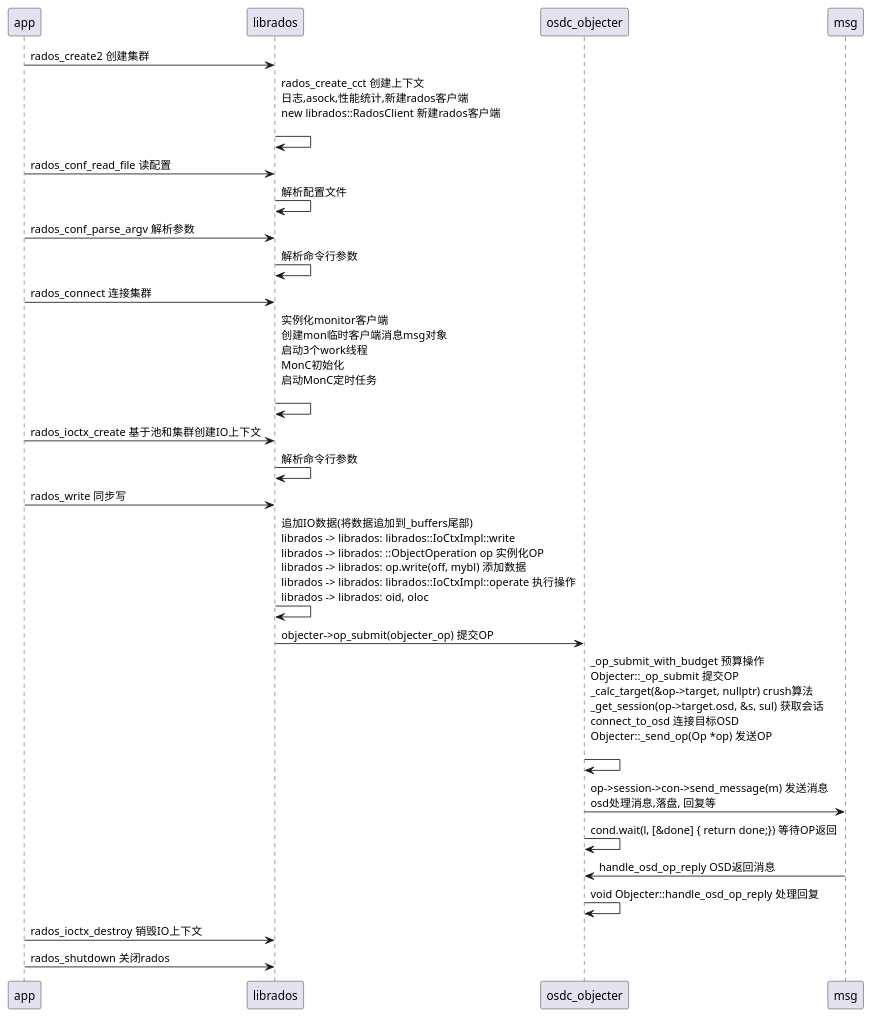
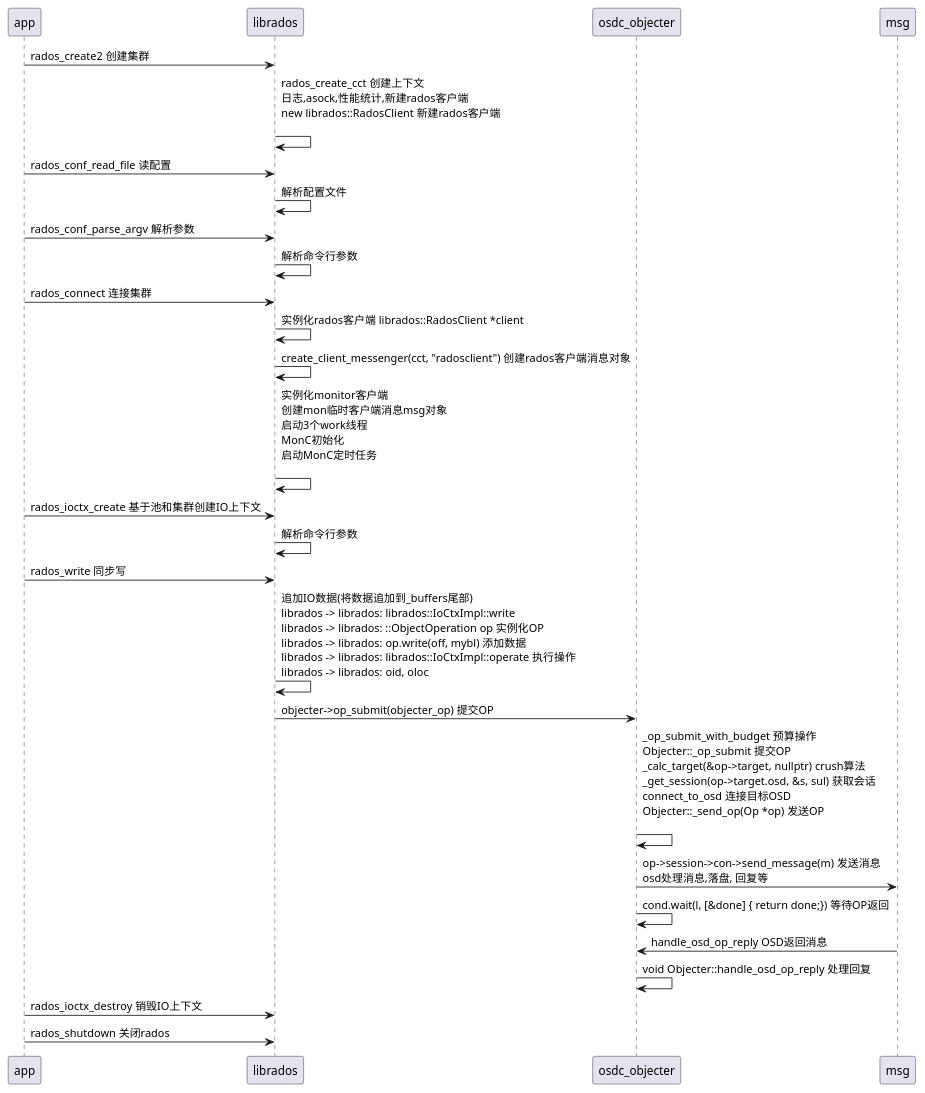
Before and after one commit to ssbandjl/ceph: the diagram in flow/ceph_rados_write.md, drawn with PlantUML. The commit also changed 3 other files, not shown here.

```diff
--- a/flow/ceph_rados_write.md
+++ b/flow/ceph_rados_write.md
@@ -3,67 +3,69 @@
 @startuml
 
 app -> librados: rados_create2 创建集群
 librados -> librados: rados_create_cct 创建上下文 \n\
 日志,asock,性能统计,新建rados客户端   \n\
 new librados::RadosClient 新建rados客户端   \n\
 
 app -> librados: rados_conf_read_file 读配置
 librados -> librados: 解析配置文件
 
 
 app -> librados: rados_conf_parse_argv 解析参数
 librados -> librados: 解析命令行参数
 
 
 app -> librados: rados_connect 连接集群
+librados -> librados: 实例化rados客户端 librados::RadosClient *client
+librados -> librados: create_client_messenger(cct, "radosclient") 创建rados客户端消息对象
 librados -> librados: 实例化monitor客户端 \n\
 创建mon临时客户端消息msg对象 \n\
 启动3个work线程 \n\
 MonC初始化 \n\
 启动MonC定时任务 \n\
 
 
 app -> librados: rados_ioctx_create 基于池和集群创建IO上下文
 librados -> librados: 解析命令行参数
 
 
 
 app -> librados: rados_write 同步写
 librados -> librados: 追加IO数据(将数据追加到_buffers尾部) \n\
 librados -> librados: librados::IoCtxImpl::write \n\
 librados -> librados: ::ObjectOperation op 实例化OP  \n\
 librados -> librados: op.write(off, mybl) 添加数据 \n\
 librados -> librados: librados::IoCtxImpl::operate 执行操作 \n\
 librados -> librados: oid, oloc
 
 librados -> osdc_objecter: objecter->op_submit(objecter_op) 提交OP
 osdc_objecter -> osdc_objecter: _op_submit_with_budget 预算操作 \n\
 Objecter::_op_submit 提交OP \n\
 _calc_target(&op->target, nullptr) crush算法    \n\
 _get_session(op->target.osd, &s, sul) 获取会话    \n\
 connect_to_osd 连接目标OSD   \n\
 Objecter::_send_op(Op *op) 发送OP   \n\
 
 
 osdc_objecter -> msg: op->session->con->send_message(m) 发送消息 \n\
 osd处理消息,落盘, 回复等
 
 
 osdc_objecter -> osdc_objecter: cond.wait(l, [&done] { return done;}) 等待OP返回
 
 
 msg -> osdc_objecter: handle_osd_op_reply OSD返回消息
 
 osdc_objecter -> osdc_objecter: void Objecter::handle_osd_op_reply 处理回复
 
 
 
 
 
 app -> librados: rados_ioctx_destroy 销毁IO上下文
 app -> librados: rados_shutdown 关闭rados
 
 
 
 
 @enduml
```
